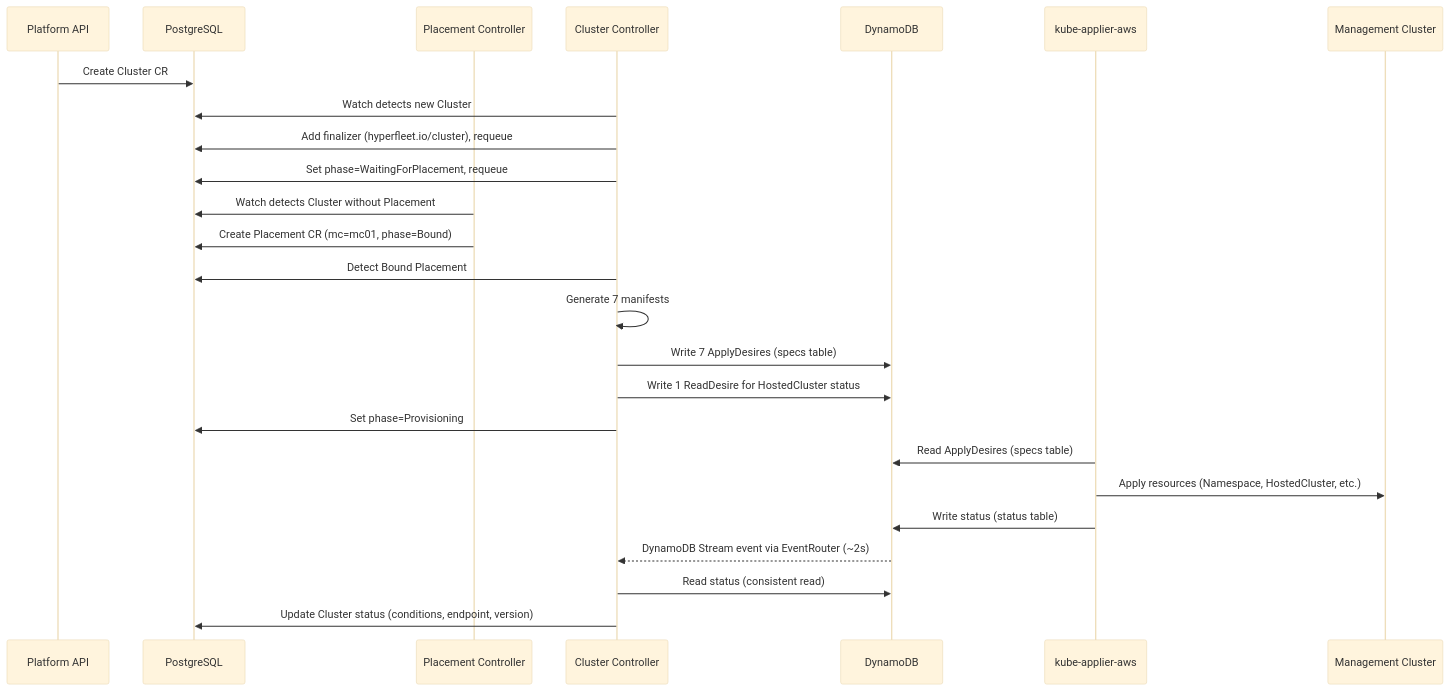
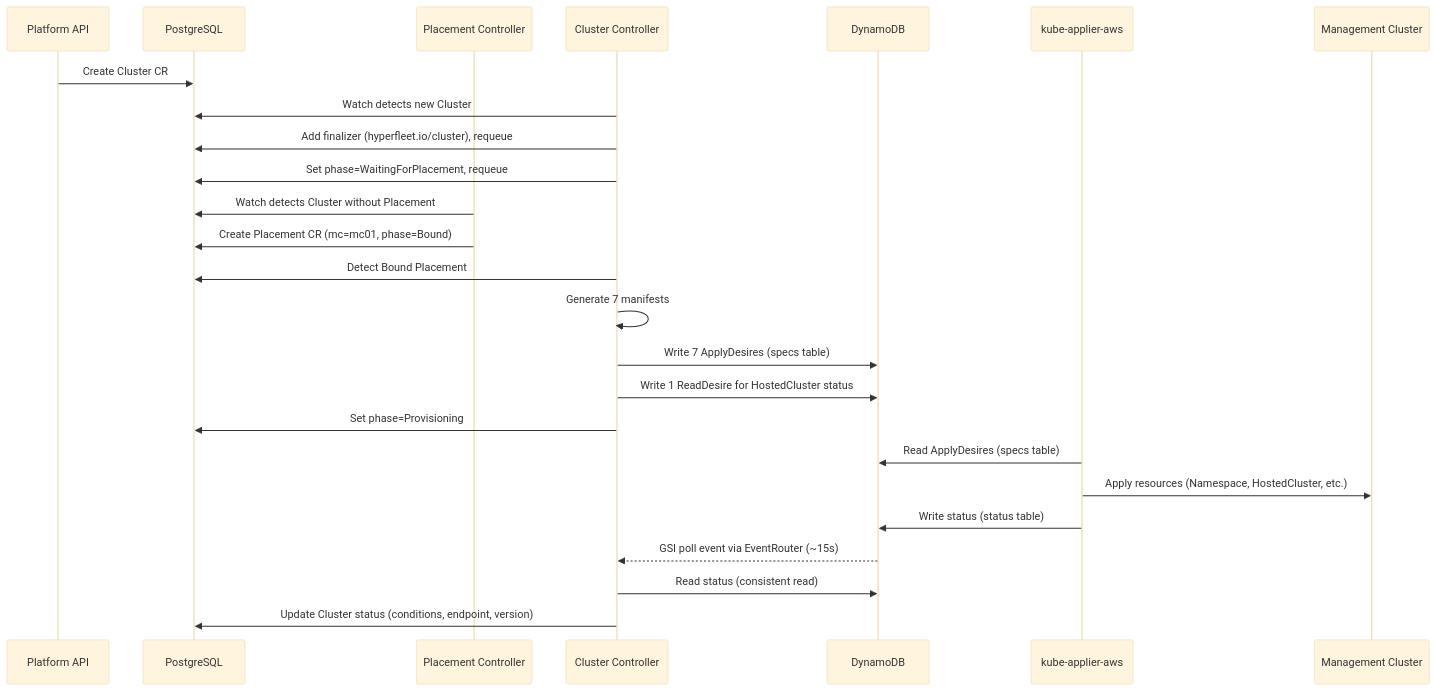
One commit to Alcamech/rosa-hyperfleet-api changed the first of 2 diagrams in hyperfleet-operator/docs/cluster-controller.md. Above: the diagram before and after it, drawn with Mermaid (base theme). The commit also changed other lines of this file and 7 other files, not shown here.

````diff
--- a/hyperfleet-operator/docs/cluster-controller.md
+++ b/hyperfleet-operator/docs/cluster-controller.md
@@ -11,28 +11,28 @@
 ```mermaid
 sequenceDiagram
     participant API as Platform API
     participant PG as PostgreSQL
     participant PC as Placement Controller
     participant CC as Cluster Controller
     participant DDB as DynamoDB
     participant KA as kube-applier-aws
     participant MC as Management Cluster
 
     API->>PG: Create Cluster CR
     CC->>PG: Watch detects new Cluster
     CC->>PG: Add finalizer (hyperfleet.io/cluster), requeue
     CC->>PG: Set phase=WaitingForPlacement, requeue
     PC->>PG: Watch detects Cluster without Placement
     PC->>PG: Create Placement CR (mc=mc01, phase=Bound)
     CC->>PG: Detect Bound Placement
     CC->>CC: Generate 7 manifests
     CC->>DDB: Write 7 ApplyDesires (specs table)
     CC->>DDB: Write 1 ReadDesire for HostedCluster status
     CC->>PG: Set phase=Provisioning
     KA->>DDB: Read ApplyDesires (specs table)
     KA->>MC: Apply resources (Namespace, HostedCluster, etc.)
     KA->>DDB: Write status (status table)
-    DDB-->>CC: DynamoDB Stream event via EventRouter (~2s)
+    DDB-->>CC: GSI poll event via EventRouter (~15s)
     CC->>DDB: Read status (consistent read)
     CC->>PG: Update Cluster status (conditions, endpoint, version)
 ```
````
